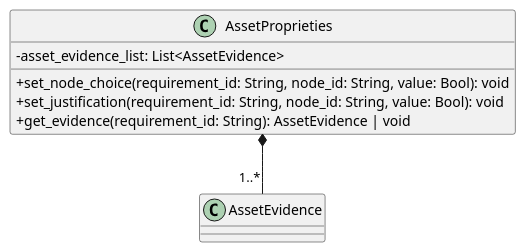
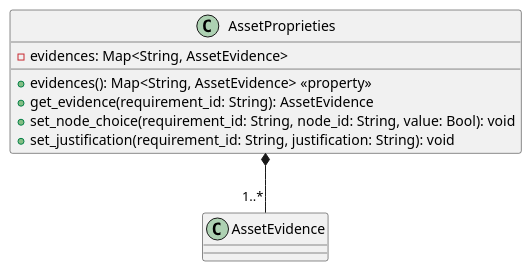
One commit to GroupRubberDuck/Documentazione changed the diagram in src/PB/DocumentazioneEsterna/Specifica_Tecnica/content/uml/puml/Diagrammi_classi/Backend/Domain/AssetProprieties.puml. Above: the diagram before and after it, drawn with PlantUML. The commit also changed 24 other files, not shown here.

```diff
--- a/src/PB/DocumentazioneEsterna/Specifica_Tecnica/content/uml/puml/Diagrammi_classi/Backend/Domain/AssetProprieties.puml
+++ b/src/PB/DocumentazioneEsterna/Specifica_Tecnica/content/uml/puml/Diagrammi_classi/Backend/Domain/AssetProprieties.puml
@@ -1,13 +1,14 @@
 @startuml AssetProprieties
-skinparam classAttributeIconSize 0
- 
+
 class AssetProprieties {
-    - asset_evidence_list: List<AssetEvidence>
+    - evidences: Map<String, AssetEvidence>
+
+    + evidences(): Map<String, AssetEvidence> <<property>>
+    + get_evidence(requirement_id: String): AssetEvidence
     + set_node_choice(requirement_id: String, node_id: String, value: Bool): void
-    + set_justification(requirement_id: String, node_id: String, value: Bool): void
-    + get_evidence(requirement_id: String): AssetEvidence | void
+    + set_justification(requirement_id: String, justification: String): void
 }
 
 AssetProprieties *-- "1..*" AssetEvidence
 
 @enduml
```
